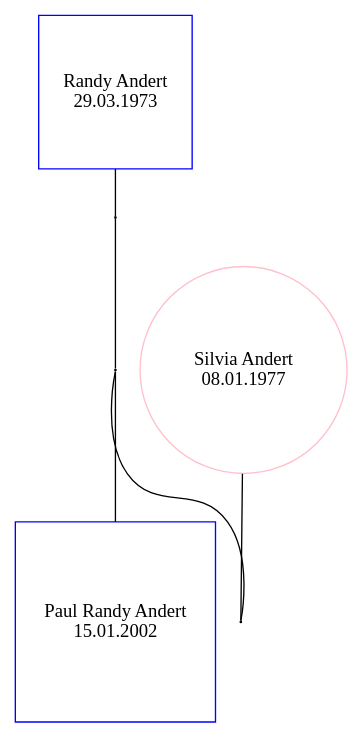
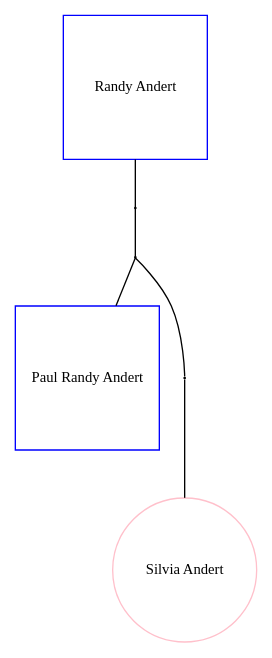
Before and after one commit to PaulAndert/Person: the diagram in person/data.dot, drawn with Graphviz. The commit also changed 4 other files, not shown here.

Commit message:
addet automatic creation of a simple family graph, until now limited with one generation jump only

```diff
--- a/person/data.dot
+++ b/person/data.dot
@@ -1,17 +1,15 @@
 digraph P {
-edge [dir=none];
-node [shape=box];
-male [shape=square, label="Randy Andert
-29.03.1973",color="blue", pos="0,2!"];
-female [shape=circle, label="Silvia Andert
-08.01.1977",color="pink", pos="2,2!"];
-child [shape=square, label="Paul Randy Andert
-15.01.2002",color="blue", pos="1,0!"];
-t01 [shape=circle,label="",height=0.01,width=0.01, pos="0,1!"];
-t11 [shape=circle,label="",height=0.01,width=0.01, pos="1,1!"];
-t21 [shape=circle,label="",height=0.01,width=0.01, pos="2,1!"];
-male -> t01
-female -> t21
-t01 -> t11 -> t21
-t11 -> child
+edge [dir=forward, arrowhead=none];
+node [fontsize=11, fixedsize=true, height=1.5, width=1.5];
+
+x0y0 [shape=square, color="blue",label="Paul Randy Andert", pos="0,0!"];
+x0y1 [shape=circle,label="",height=0.01,width=0.01, pos="0,1!"];
+
+x_2y2 [shape=square, color="blue",label="Randy Andert", pos="-2,2!"];
+x_2y1 [shape=circle,label="",height=0.01,width=0.01, pos="-2,1!"];
+
+x2y2 [shape=circle, color="pink",label="Silvia Andert", pos="2,2!"];
+x2y1 [shape=circle,label="",height=0.01,width=0.01, pos="2,1!"];
+
+x_2y2 -> x_2y1 -> x0y1 -> x2y1 -> x2y2 ; x0y1 -> x0y0
 }
```
